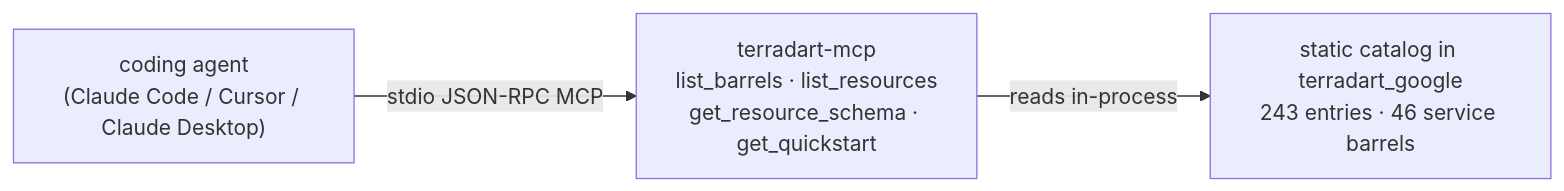
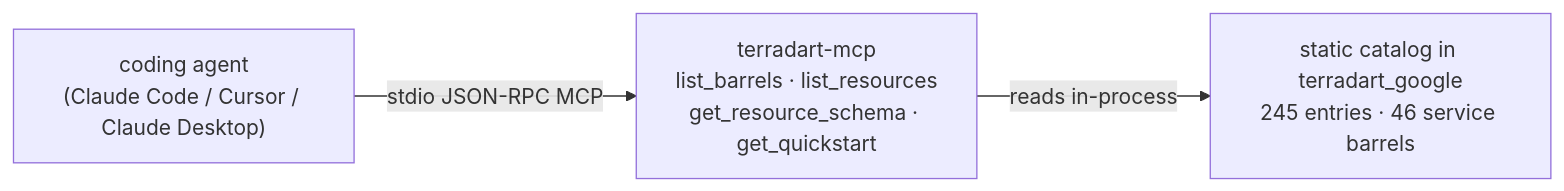
One commit to nozomi-koborinai/terradart changed the diagram in website/src/content/docs/docs/agent/index.md. Above: the diagram before and after it, drawn with Mermaid. The commit also changed other lines of this file and 21 other files, not shown here.

````diff
--- a/website/src/content/docs/docs/agent/index.md
+++ b/website/src/content/docs/docs/agent/index.md
@@ -12,8 +12,8 @@
 ```mermaid
 graph LR
   agent["coding agent<br/>(Claude Code / Cursor / Claude Desktop)"]
   mcp["terradart-mcp<br/>list_barrels · list_resources<br/>get_resource_schema · get_quickstart"]
-  catalog["static catalog in terradart_google<br/>243 entries · 46 service barrels"]
+  catalog["static catalog in terradart_google<br/>245 entries · 46 service barrels"]
   agent -->|stdio JSON-RPC MCP| mcp
   mcp -->|reads in-process| catalog
 ```
````
